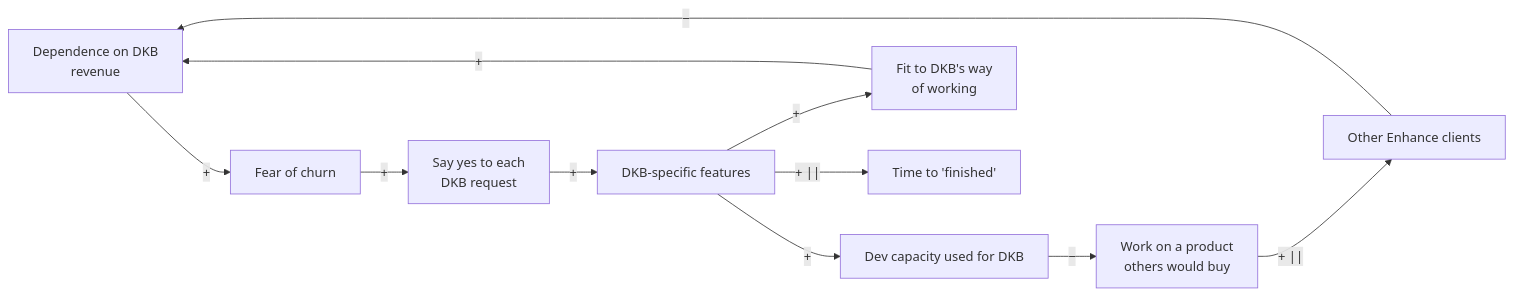
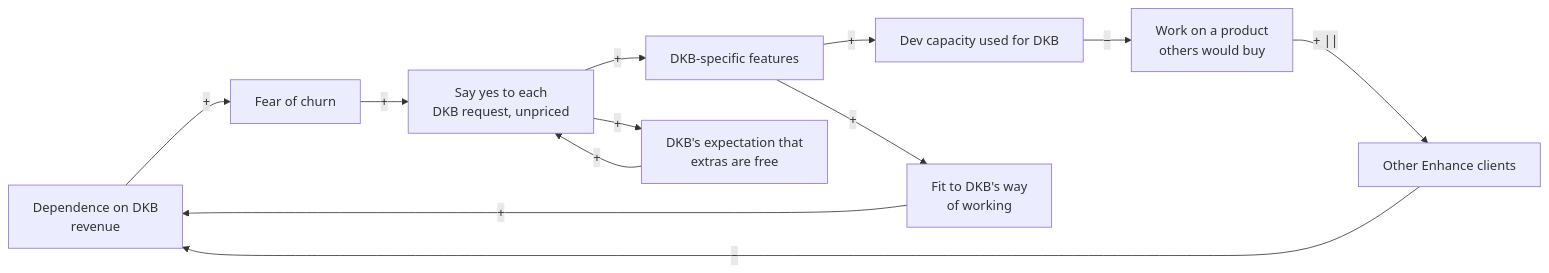
Before and after one commit to gregorykurnia/deus-evaluation: the fourth of 6 diagrams in outputs/01-systems-thinking.md, drawn with Mermaid. The commit also changed other lines of this file and 1 other file, not shown here.

````diff
--- a/outputs/01-systems-thinking.md
+++ b/outputs/01-systems-thinking.md
@@ -203,13 +232,14 @@
 ```mermaid
 flowchart LR
     DEP["Dependence on DKB<br/>revenue"] -->|"+"| FEAR["Fear of churn"]
-    FEAR -->|"+"| YES["Say yes to each<br/>DKB request"]
+    FEAR -->|"+"| YES["Say yes to each<br/>DKB request, unpriced"]
     YES -->|"+"| DKBFEAT["DKB-specific features"]
     DKBFEAT -->|"+"| CAPA["Dev capacity used for DKB"]
     CAPA -->|"−"| GEN["Work on a product<br/>others would buy"]
     GEN -->|"+ ||"| OTHERS["Other Enhance clients"]
     OTHERS -->|"−"| DEP
     DKBFEAT -->|"+"| FIT["Fit to DKB's way<br/>of working"]
     FIT -->|"+"| DEP
-    DKBFEAT -->|"+ ||"| DONE["Time to 'finished'"]
+    YES -->|"+"| EXPECT["DKB's expectation that<br/>extras are free"]
+    EXPECT -->|"+"| YES
 ```
````
